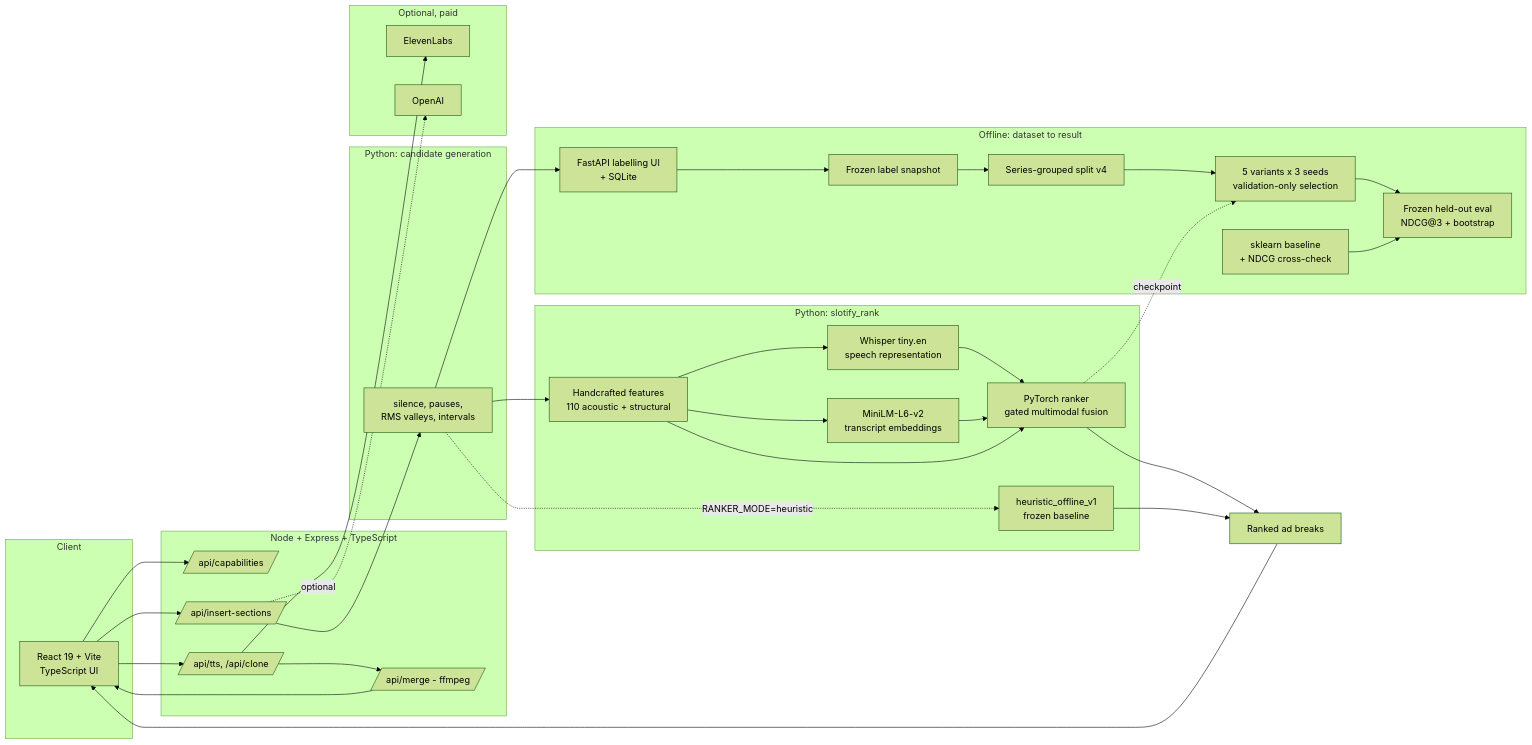
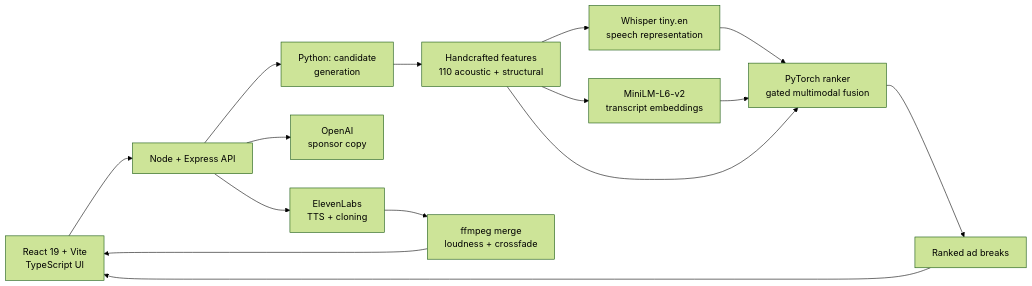
One commit to davidyang07/slotify changed the diagram in README.md. Above: the diagram before and after it, drawn with Mermaid (forest theme). The commit also changed other lines of this file and 50 other files, not shown here.

````diff
--- a/README.md
+++ b/README.md
@@ -61,53 +33,13 @@
 ```mermaid
 flowchart LR
-  subgraph Client
-    A[React 19 + Vite<br/>TypeScript UI]
-  end
-
-  subgraph API [Node + Express + TypeScript]
-    CAP[/api/capabilities/]
-    B[/api/insert-sections/]
-    T[/api/tts, /api/clone/]
-    M[/api/merge - ffmpeg/]
-  end
-
-  subgraph Gen [Python: candidate generation]
-    C[silence, pauses,<br/>RMS valleys, intervals]
-  end
-
-  subgraph Rank [Python: slotify_rank]
-    D[Handcrafted features<br/>110 acoustic + structural]
-    W[Whisper tiny.en<br/>speech representation]
-    X[MiniLM-L6-v2<br/>transcript embeddings]
-    E[PyTorch ranker<br/>gated multimodal fusion]
-    H[heuristic_offline_v1<br/>frozen baseline]
-  end
-
-  subgraph Offline [Offline: dataset to result]
-    L[FastAPI labelling UI<br/>+ SQLite]
-    F[Frozen label snapshot]
-    S[Series-grouped split v4]
-    TR[5 variants x 3 seeds<br/>validation-only selection]
-    EV[Frozen held-out eval<br/>NDCG@3 + bootstrap]
-    SK[sklearn baseline<br/>+ NDCG cross-check]
-  end
-
-  subgraph Ext [Optional, paid]
-    G[ElevenLabs]
-    O[OpenAI]
-  end
-
-  A --> CAP
-  A --> B --> C --> D
-  D --> W & X
-  W & X & D --> E
-  C -.RANKER_MODE=heuristic.-> H
-  E & H --> R[Ranked ad breaks] --> A
-  A --> T --> G
-  B -.optional.-> O
-  T --> M --> A
-
-  C --> L --> F --> S --> TR --> EV
-  SK --> EV
-  E -.checkpoint.-> TR
+  A[React 19 + Vite<br/>TypeScript UI] --> B[Node + Express API]
+  B --> C[Python: candidate<br/>generation]
+  C --> D[Handcrafted features<br/>110 acoustic + structural]
+  D --> W[Whisper tiny.en<br/>speech representation]
+  D --> X[MiniLM-L6-v2<br/>transcript embeddings]
+  W & X & D --> E[PyTorch ranker<br/>gated multimodal fusion]
+  E --> R[Ranked ad breaks] --> A
+  B --> O[OpenAI<br/>sponsor copy]
+  B --> G[ElevenLabs<br/>TTS + cloning]
+  G --> M[ffmpeg merge<br/>loudness + crossfade] --> A
 ```
````
